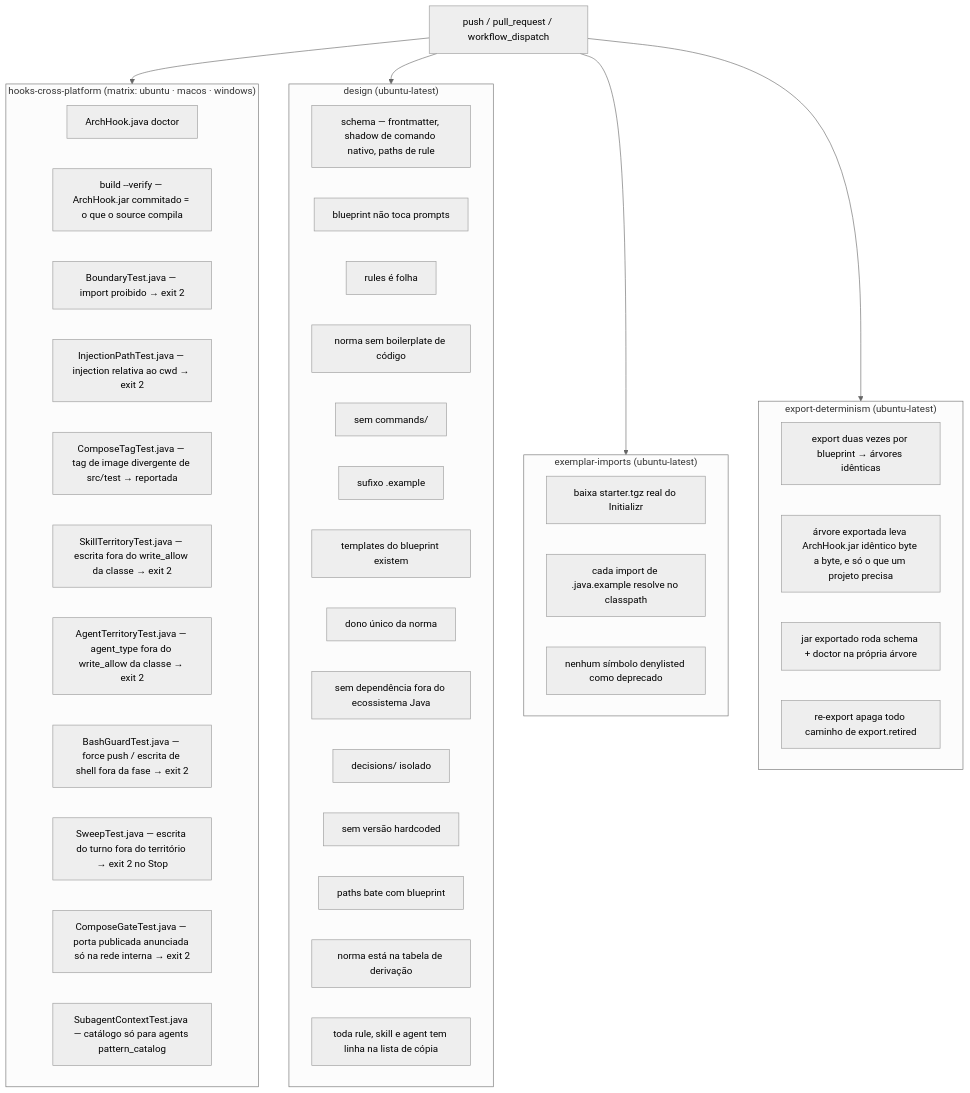
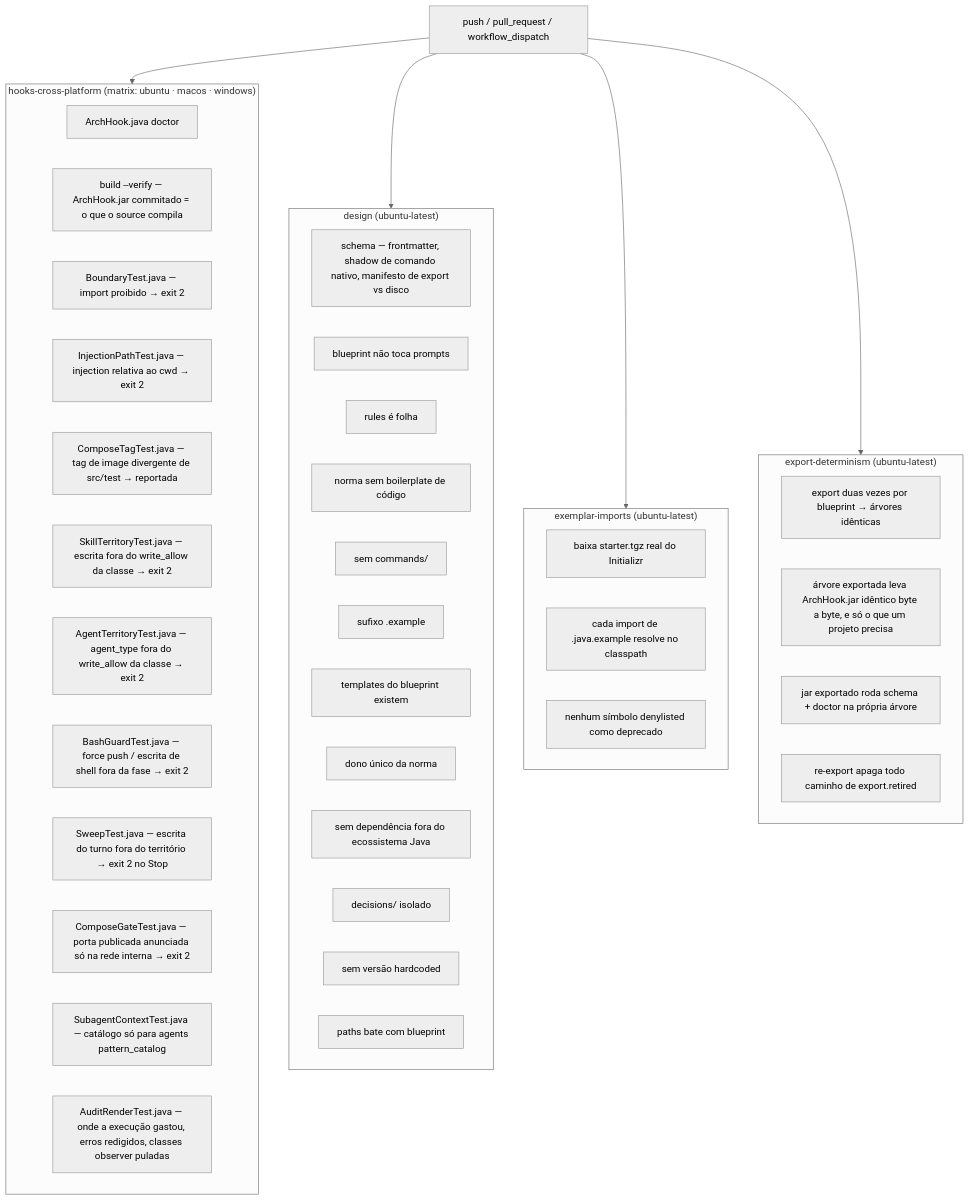
The diagram in docs/pt-br/07-ci-validate.md (ice-lfernandes/claude-spring-architect), drawn with Mermaid (neutral theme) before and after one commit. The commit also changed other lines of this file and 29 other files, not shown here.

````diff
--- a/docs/pt-br/07-ci-validate.md
+++ b/docs/pt-br/07-ci-validate.md
@@ -17,51 +17,50 @@
 ```mermaid
 flowchart TD
     T[push / pull_request / workflow_dispatch] --> J1
     T --> J2
     T --> J3
     T --> J4
 
     subgraph J1["hooks-cross-platform (matrix: ubuntu · macos · windows)"]
         H1[ArchHook.java doctor]
         H0[build --verify — ArchHook.jar commitado = o que o source compila]
         H2[BoundaryTest.java — import proibido → exit 2]
         H3[InjectionPathTest.java — injection relativa ao cwd → exit 2]
         H4[ComposeTagTest.java — tag de image divergente de src/test → reportada]
         H5[SkillTerritoryTest.java — escrita fora do write_allow da classe → exit 2]
         H6[AgentTerritoryTest.java — agent_type fora do write_allow da classe → exit 2]
         H7[BashGuardTest.java — force push / escrita de shell fora da fase → exit 2]
         H8[SweepTest.java — escrita do turno fora do território → exit 2 no Stop]
         H9[ComposeGateTest.java — porta publicada anunciada só na rede interna → exit 2]
         H10[SubagentContextTest.java — catálogo só para agents pattern_catalog]
+        H11[AuditRenderTest.java — onde a execução gastou, erros redigidos, classes observer puladas]
     end
 
     subgraph J2["design (ubuntu-latest)"]
-        D1[schema — frontmatter, shadow de comando nativo, paths de rule]
+        D1[schema — frontmatter, shadow de comando nativo, manifesto de export vs disco]
         D4[blueprint não toca prompts]
         D5[rules é folha]
         D6[norma sem boilerplate de código]
         D7[sem commands/]
         D8[sufixo .example]
         D9[templates do blueprint existem]
         D10[dono único da norma]
         D11[sem dependência fora do ecossistema Java]
         D12[decisions/ isolado]
         D13[sem versão hardcoded]
         D14[paths bate com blueprint]
-        D15[norma está na tabela de derivação]
-        D16[toda rule, skill e agent tem linha na lista de cópia]
     end
 
     subgraph J3["exemplar-imports (ubuntu-latest)"]
         E1[baixa starter.tgz real do Initializr]
         E2[cada import de .java.example resolve no classpath]
         E3[nenhum símbolo denylisted como deprecado]
     end
 
     subgraph J4["export-determinism (ubuntu-latest)"]
         X1[export duas vezes por blueprint → árvores idênticas]
         X2[árvore exportada leva ArchHook.jar idêntico byte a byte, e só o que um projeto precisa]
         X3[jar exportado roda schema + doctor na própria árvore]
         X4[re-export apaga todo caminho de export.retired]
     end
 ```
````
